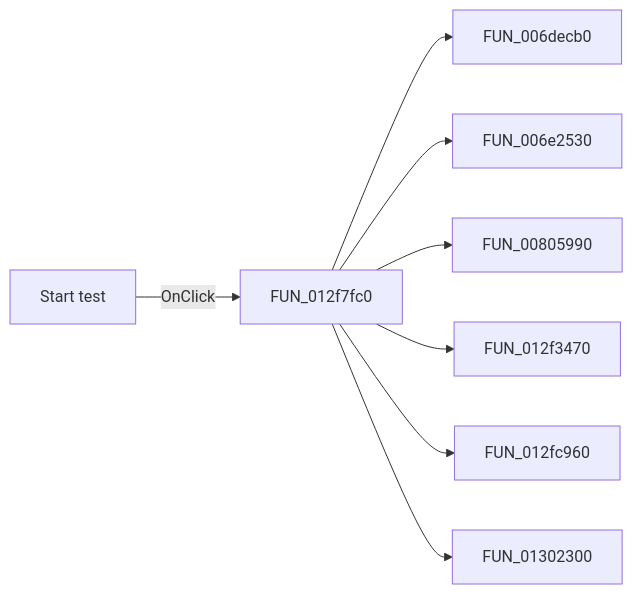
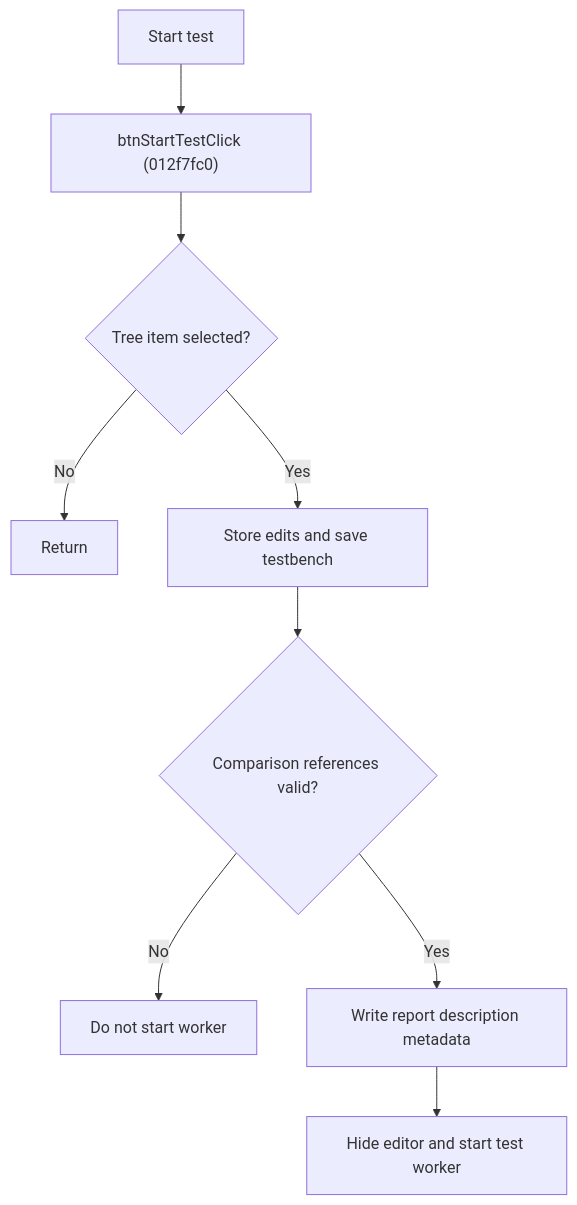
Before and after one commit to MovGP0/TIARA: the diagram in docs/ui-controls/frmmodeltestbencheditor/btnstarttest-e8cd40295a.md, drawn with Mermaid. The commit also changed other lines of this file and 387 other files, not shown here.

````diff
--- a/docs/ui-controls/frmmodeltestbencheditor/btnstarttest-e8cd40295a.md
+++ b/docs/ui-controls/frmmodeltestbencheditor/btnstarttest-e8cd40295a.md
@@ -27,10 +30,11 @@
 ```mermaid
-flowchart LR
-    control["Start test"] -->|OnClick| handler["FUN_012f7fc0"]
-    handler --> call1["FUN_006decb0"]
-    handler --> call2["FUN_006e2530"]
-    handler --> call3["FUN_00805990"]
-    handler --> call4["FUN_012f3470"]
-    handler --> call5["FUN_012fc960"]
-    handler --> call6["FUN_01302300"]
+flowchart TD
+    control["Start test"] --> handler["btnStartTestClick (012f7fc0)"]
+    handler --> selected{"Tree item selected?"}
+    selected -->|No| stop["Return"]
+    selected -->|Yes| save["Store edits and save testbench"]
+    save --> valid{"Comparison references valid?"}
+    valid -->|No| stop2["Do not start worker"]
+    valid -->|Yes| report["Write report description metadata"]
+    report --> worker["Hide editor and start test worker"]
 ```
````
